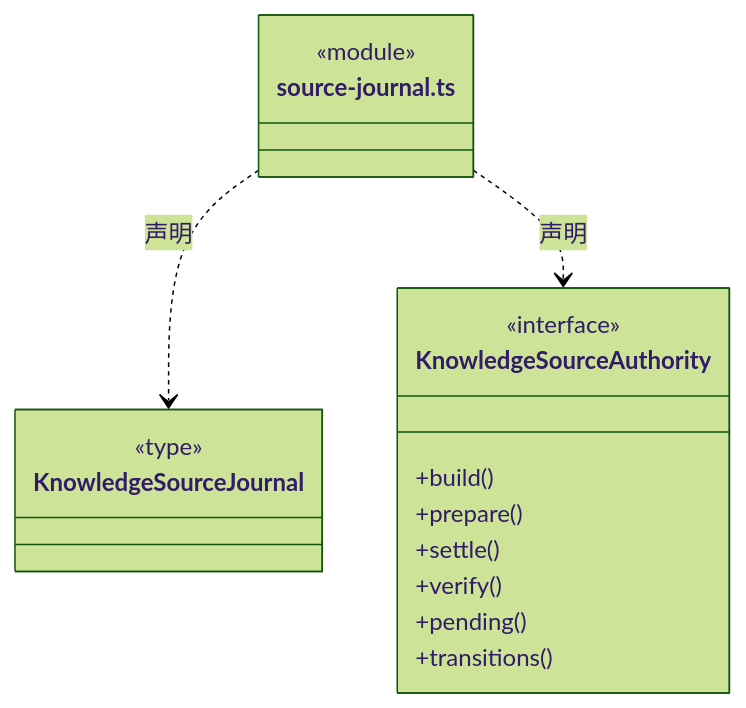
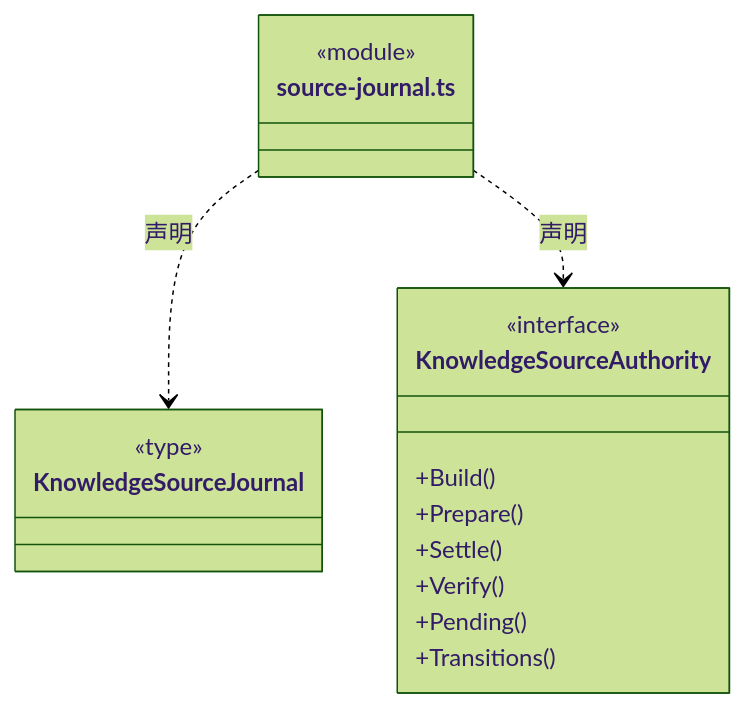
Before and after one commit to nan023062/cbim: the eighth of 9 diagrams in src/logic/knowledge/storage/ARCHITECTURE.md, drawn with Mermaid (forest theme). The commit also changed other lines of this file and 1035 other files, not shown here.

````diff
--- a/src/logic/knowledge/storage/ARCHITECTURE.md
+++ b/src/logic/knowledge/storage/ARCHITECTURE.md
@@ -226,21 +226,21 @@
 ```mermaid
 classDiagram
 class N_src_logic_knowledge_storage_source_journal_ts["source-journal.ts"] {
   <<module>>
 }
 class N_src_logic_knowledge_storage_source_journal_ts_KnowledgeSourceJournal["KnowledgeSourceJournal"] {
   <<type>>
 
 }
 N_src_logic_knowledge_storage_source_journal_ts ..> N_src_logic_knowledge_storage_source_journal_ts_KnowledgeSourceJournal : 声明
 class N_src_logic_knowledge_storage_source_journal_ts_KnowledgeSourceAuthority["KnowledgeSourceAuthority"] {
   <<interface>>
-  +build()
-  +prepare()
-  +settle()
-  +verify()
-  +pending()
-  +transitions()
+  +Build()
+  +Prepare()
+  +Settle()
+  +Verify()
+  +Pending()
+  +Transitions()
 }
 N_src_logic_knowledge_storage_source_journal_ts ..> N_src_logic_knowledge_storage_source_journal_ts_KnowledgeSourceAuthority : 声明
 ```
````
